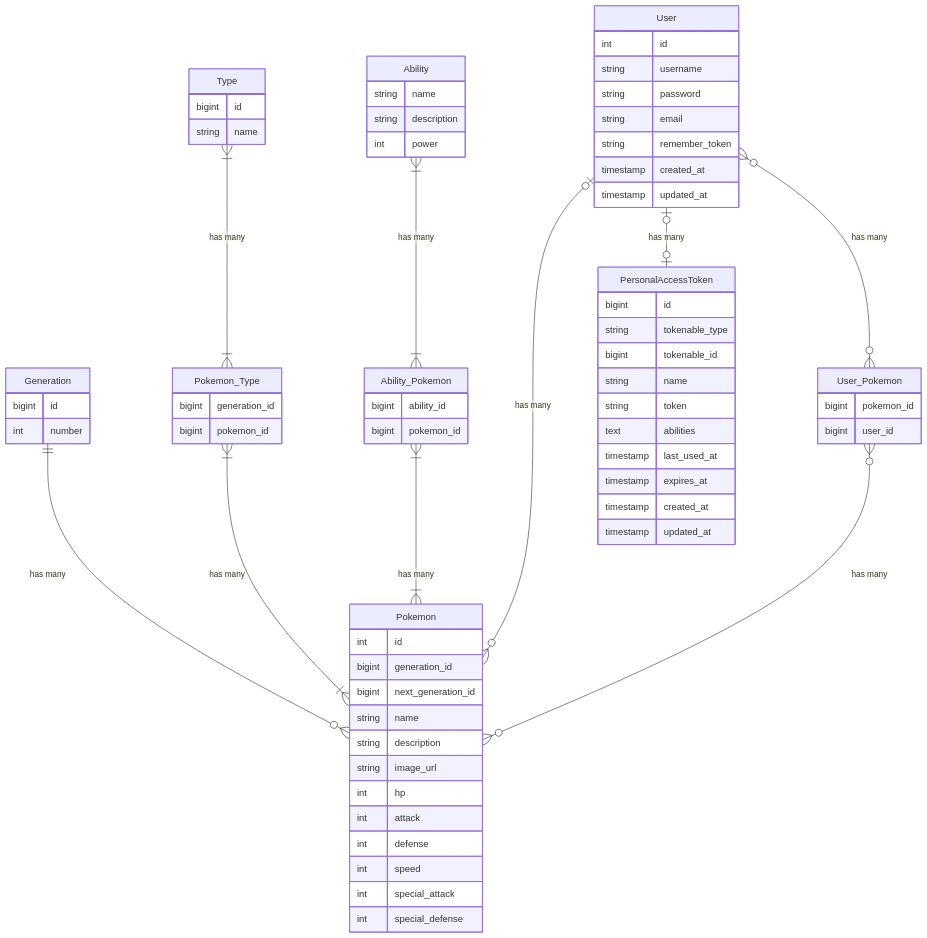
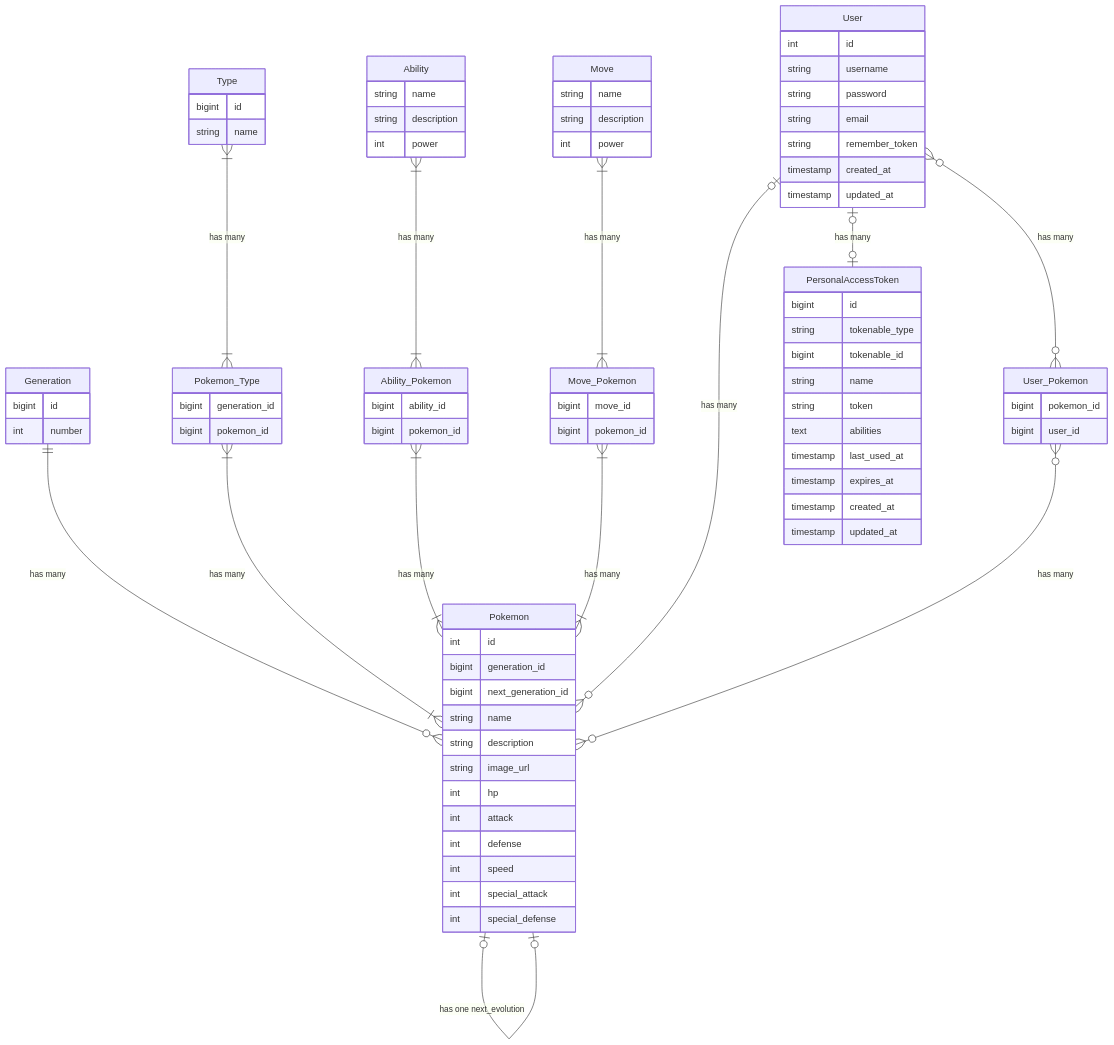
One commit to raymon-roos/apikachu changed the diagram in docs/project_plan.md. Above: the diagram before and after it, drawn with Mermaid. The commit also changed other lines of this file, not shown here.

Commit message:
docs: update uml diagram in project_plan
Add new `Move` entitiy and relations, add missing `next_generation`
relation.

```diff
--- a/docs/project_plan.md
+++ b/docs/project_plan.md
@@ -144,6 +141,12 @@
     int power
 }
 
+Move {
+    string name
+    string description
+    int power
+}
+
 Pokemon {
     int id
     bigint generation_id
@@ -161,6 +164,11 @@
 
 Ability_Pokemon {
     bigint ability_id
+    bigint pokemon_id
+}
+
+Move_Pokemon {
+    bigint move_id
     bigint pokemon_id
 }
 
@@ -200,6 +208,11 @@
 Ability }|--|{ Ability_Pokemon : "has many"
 Ability_Pokemon }|--|{ Pokemon : "has many"
 
+Move }|--|{ Move_Pokemon : "has many"
+Move_Pokemon }|--|{ Pokemon : "has many"
+
+Pokemon |o--o| Pokemon : "has one next_evolution"
+
 User |o--o| PersonalAccessToken : "has many"
 User |o--o{ Pokemon : "has many"
 
```
